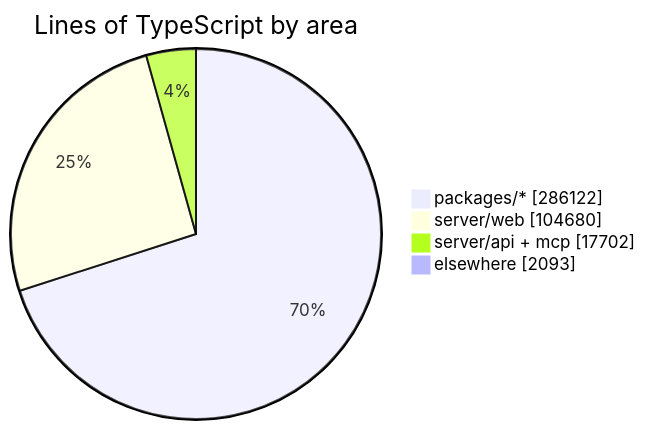
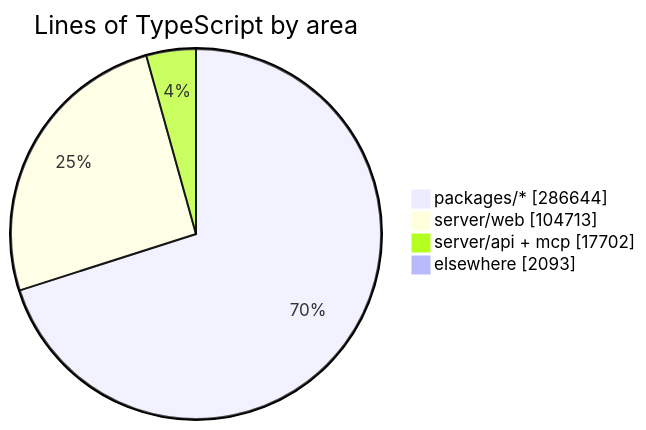
One commit to crossworks-engineering/mantle changed the diagram in README.md. Above: the diagram before and after it, drawn with Mermaid. The commit also changed other lines of this file and 2 other files, not shown here.

````diff
--- a/README.md
+++ b/README.md
@@ -294,7 +294,7 @@
 ```mermaid
 pie showData title Lines of TypeScript by area
-    "packages/*" : 286122
-    "server/web" : 104680
+    "packages/*" : 286644
+    "server/web" : 104713
     "server/api + mcp" : 17702
     "elsewhere" : 2093
 ```
````
